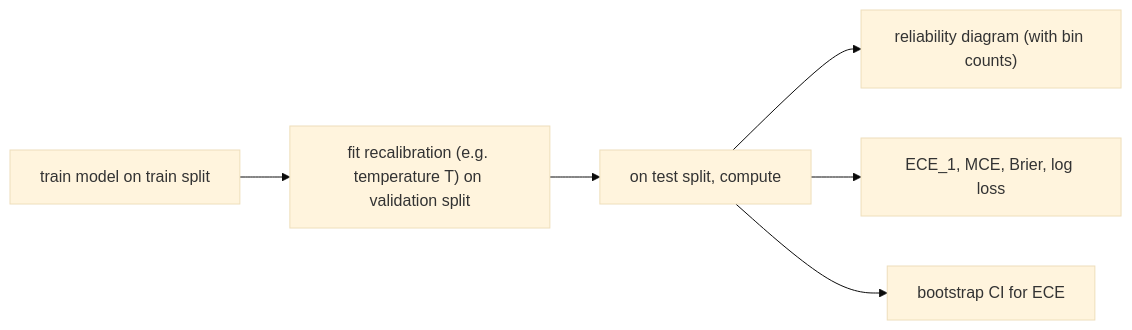
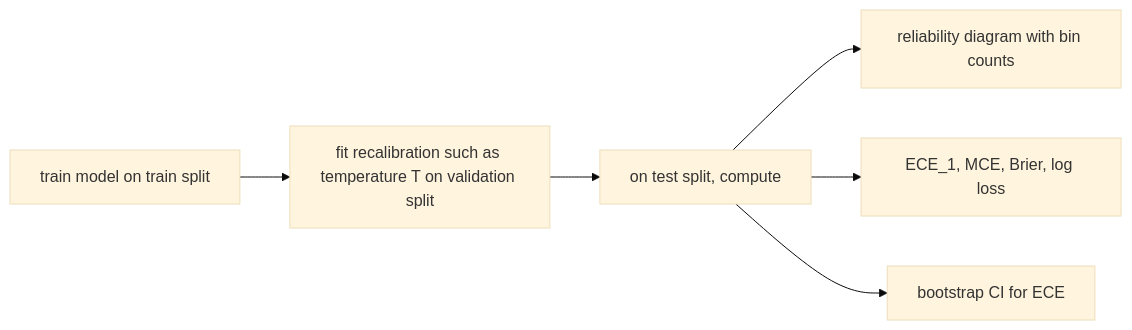
The second of 2 diagrams in 161-calibration-metrics.qmd (mikenguyen13/ai_in_action), drawn with Mermaid (base theme) before and after one commit. The commit also changed other lines of this file and 52 other files, not shown here.

Commit message:
Fix Mermaid rendering in 22 chapters: remove ampersands and br tags from node labels, move detail to tables

````diff
--- a/161-calibration-metrics.qmd
+++ b/161-calibration-metrics.qmd
@@ -151,8 +151,8 @@
 ```{mermaid}
 flowchart LR
-    A["train model on train split"] --> B["fit recalibration (e.g. temperature T) on validation split"]
+    A["train model on train split"] --> B["fit recalibration such as temperature T on validation split"]
     B --> C["on test split, compute"]
-    C --> D["reliability diagram (with bin counts)"]
+    C --> D["reliability diagram with bin counts"]
     C --> E["ECE_1, MCE, Brier, log loss"]
     C --> F["bootstrap CI for ECE"]
 ```
````
